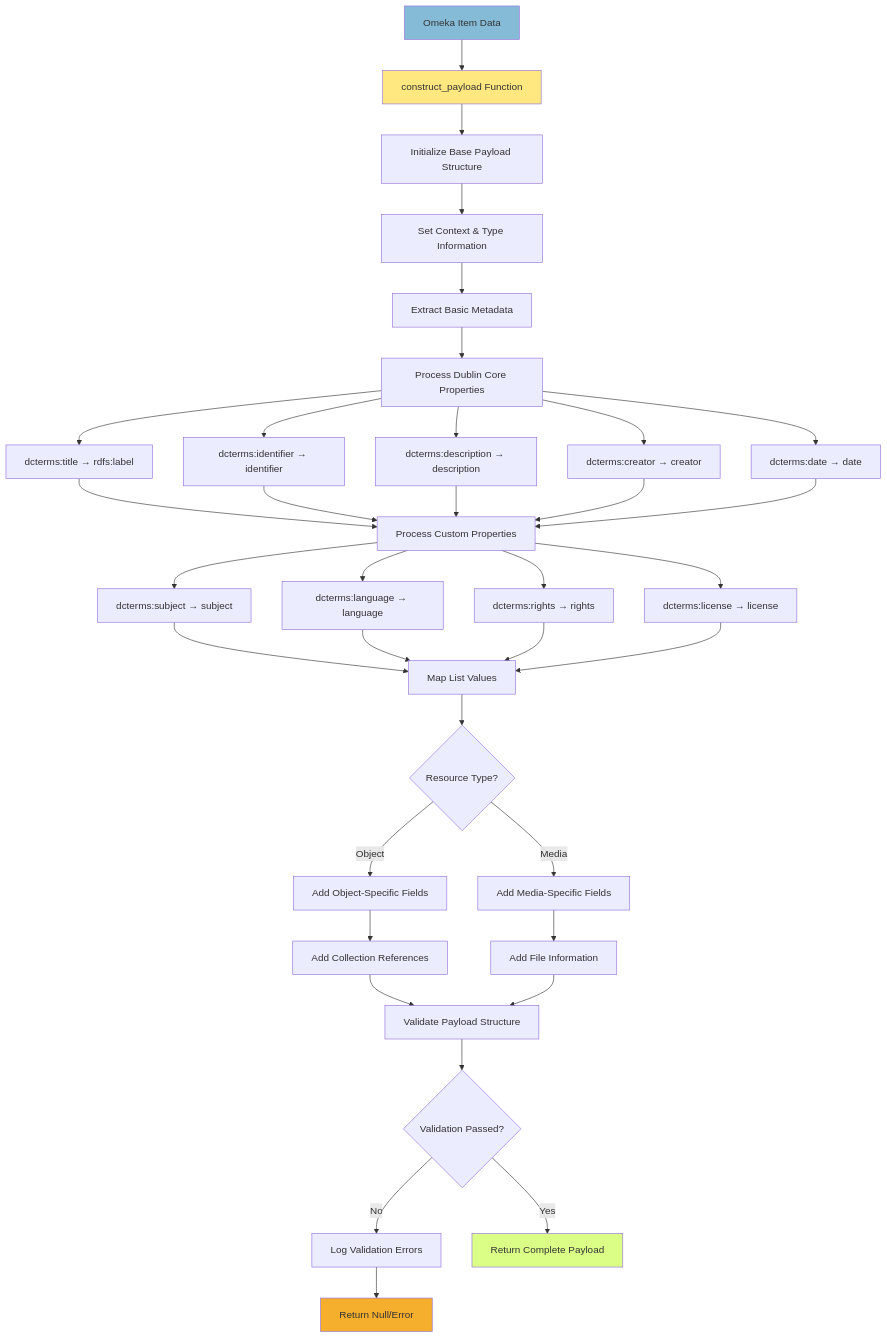
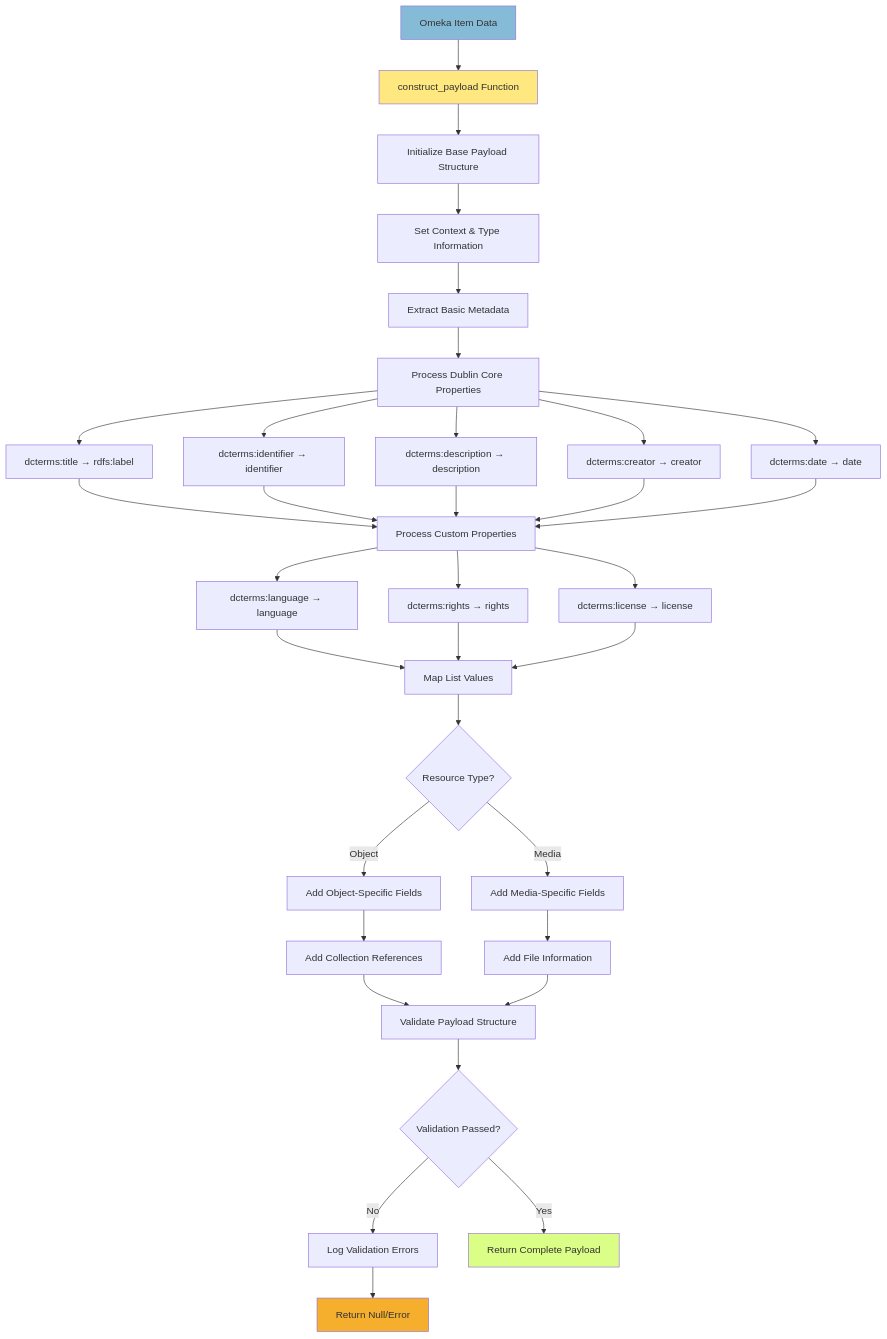
Before and after one commit to Stadt-Geschichte-Basel/omeka2dsp: the sixth of 16 diagrams in docs/workflows/index.qmd, drawn with Mermaid. The commit also changed 6 other files, not shown here.

````diff
--- a/docs/workflows/index.qmd
+++ b/docs/workflows/index.qmd
@@ -216,52 +216,50 @@
 ```{mermaid}
 flowchart TD
     A[Omeka Item Data] --> B[construct_payload Function]
     B --> C[Initialize Base Payload Structure]
     
     C --> D[Set Context & Type Information]
     D --> E[Extract Basic Metadata]
     
     E --> F[Process Dublin Core Properties]
     F --> F1[dcterms:title → rdfs:label]
     F --> F2[dcterms:identifier → identifier]
     F --> F3[dcterms:description → description]
     F --> F4[dcterms:creator → creator]
     F --> F5[dcterms:date → date]
     
     F1 --> G[Process Custom Properties]
     F2 --> G
     F3 --> G
     F4 --> G
     F5 --> G
     
-    G --> G1[dcterms:subject → subject]
     G --> G2[dcterms:language → language]
     G --> G3[dcterms:rights → rights]
     G --> G4[dcterms:license → license]
     
-    G1 --> H[Map List Values]
-    G2 --> H
+    G2 --> H[Map List Values]
     G3 --> H
     G4 --> H
     
     H --> I{Resource Type?}
     I -->|Object| J[Add Object-Specific Fields]
     I -->|Media| K[Add Media-Specific Fields]
     
     J --> L[Add Collection References]
     K --> M[Add File Information]
     
     L --> N[Validate Payload Structure]
     M --> N
     
     N --> O{Validation Passed?}
     O -->|No| P[Log Validation Errors]
     O -->|Yes| Q[Return Complete Payload]
     
     P --> R[Return Null/Error]
     
     style A fill:#86bbd8
     style Q fill:#dbfe87
     style R fill:#f6ae2d
     style B fill:#ffe880
 ```
````
